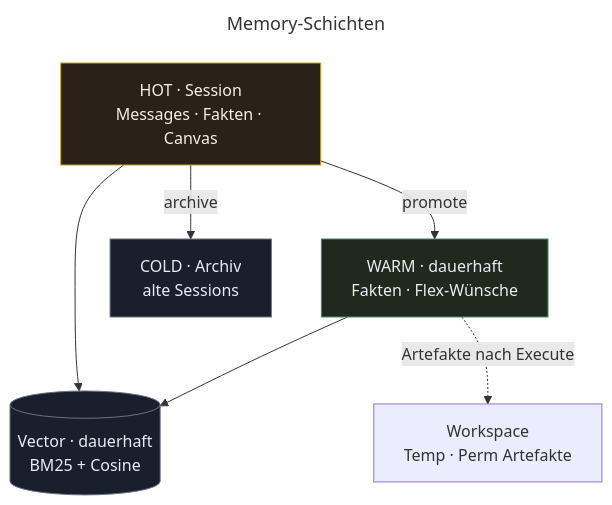
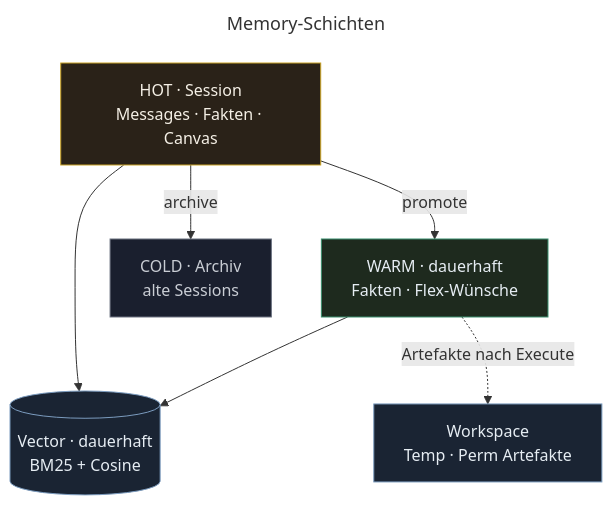
One commit to landjunge/gnom-hub-v1 changed the fourth of 4 diagrams in README_DE.md. Above: the diagram before and after it, drawn with Mermaid. The commit also changed other lines of this file and 3 other files, not shown here.

First line of the commit message:
docs: deepen Mermaid styling classes (shared palette)

````diff
--- a/README_DE.md
+++ b/README_DE.md
@@ -299,23 +309,21 @@
 ```mermaid
 ---
 title: Memory-Schichten
 ---
 flowchart TB
-  HOT["HOT · Session<br/>Messages · Fakten · Canvas"]
-  WARM["WARM · dauerhaft<br/>Fakten · Flex-Wünsche"]
-  COLD["COLD · Archiv<br/>alte Sessions"]
-  VEC[("Vector · dauerhaft<br/>BM25 + Cosine")]
-  WORK["Workspace<br/>Temp · Perm Artefakte"]
+  HOT["HOT · Session<br/>Messages · Fakten · Canvas"]:::hot
+  WARM["WARM · dauerhaft<br/>Fakten · Flex-Wünsche"]:::warm
+  COLD["COLD · Archiv<br/>alte Sessions"]:::cold
+  VEC[("Vector · dauerhaft<br/>BM25 + Cosine")]:::store
+  WORK["Workspace<br/>Temp · Perm Artefakte"]:::store
 
   HOT -->|"promote"| WARM
   HOT -->|"archive"| COLD
   HOT & WARM --> VEC
   WARM -.->|"Artefakte nach Execute"| WORK
 
-  classDef hot fill:#2a2218,stroke:#c9a227,color:#f5f0e6
-  classDef warm fill:#1e2a1e,stroke:#3a8f6e,color:#e6edf3
-  classDef cold fill:#1a1f2e,stroke:#6b7280,color:#e6edf3
-  class HOT hot
-  class WARM warm
-  class COLD,VEC cold
+  classDef hot fill:#2a2218,stroke:#c9a227,color:#f5f0e6,stroke-width:1px
+  classDef warm fill:#1e2a1e,stroke:#3a8f6e,color:#e6edf3,stroke-width:1px
+  classDef cold fill:#1a1f2e,stroke:#6b7280,color:#c9cdd4,stroke-width:1px
+  classDef store fill:#1a2433,stroke:#7c9cbf,color:#e6edf3,stroke-width:1px
 ```
````
